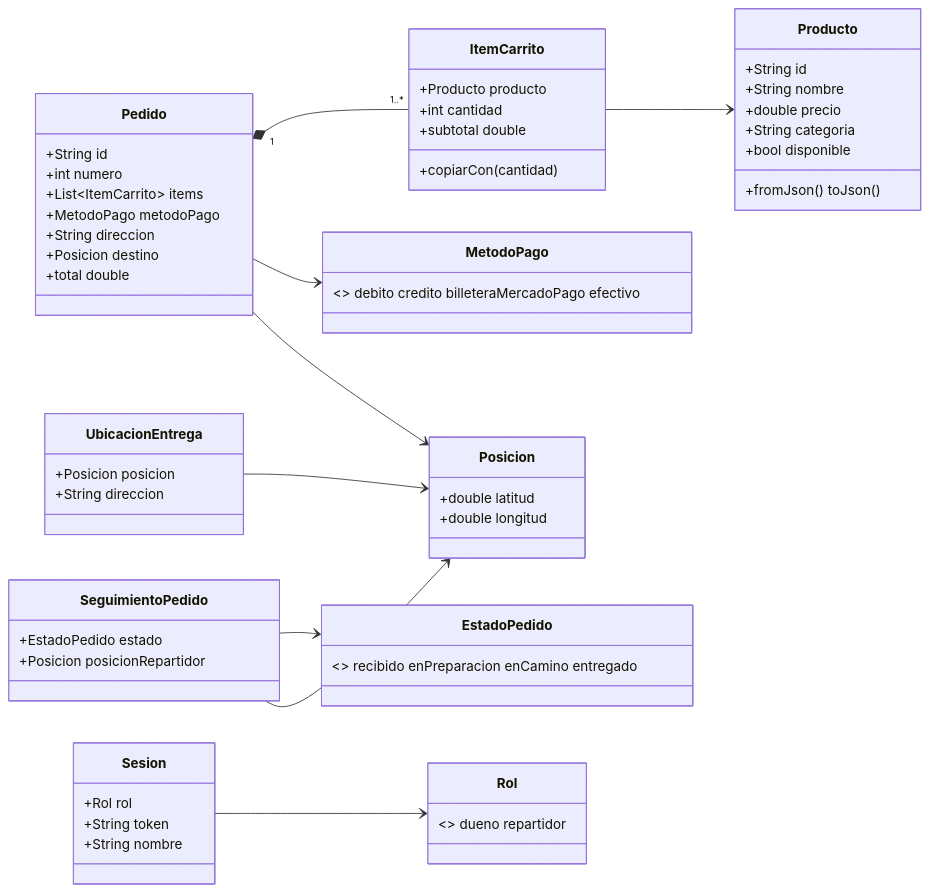
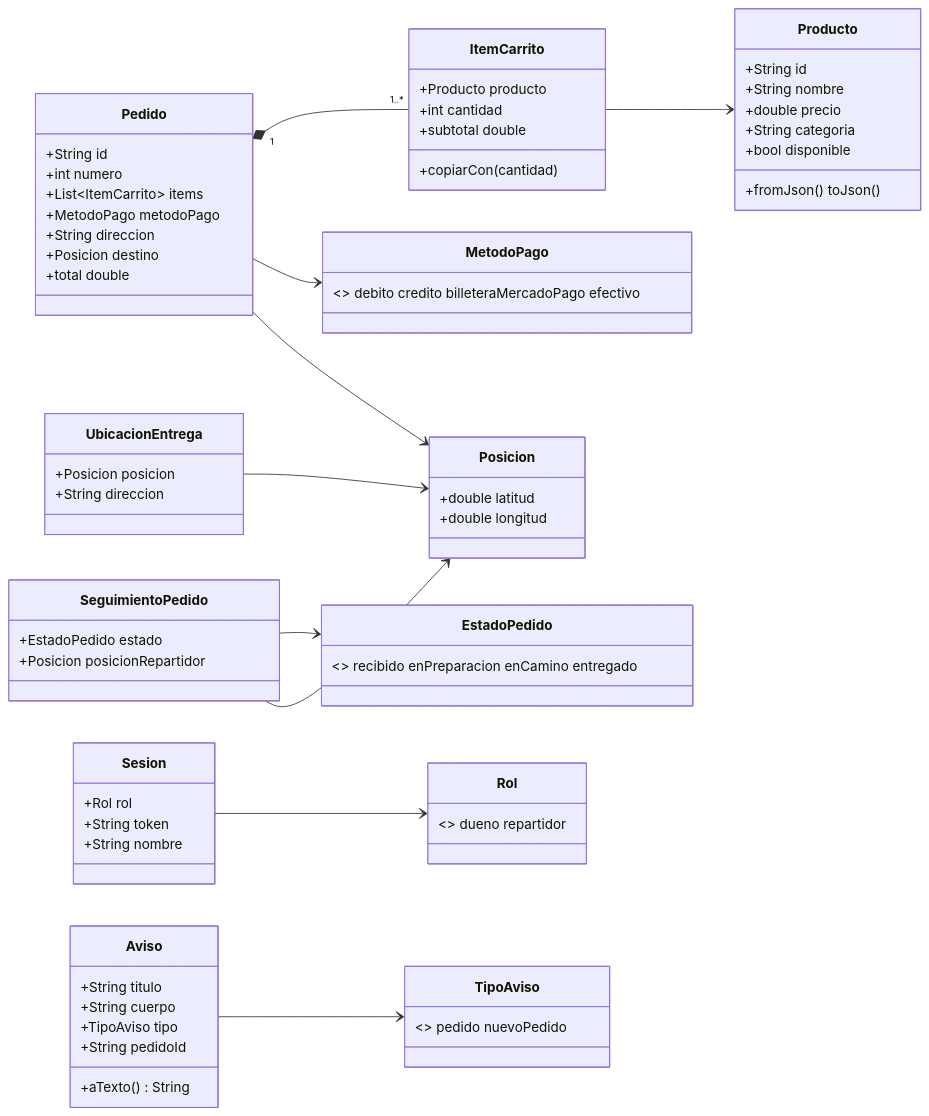
Before and after one commit to ZogeGBR/ProgAppCelu: the third of 6 diagrams in docs/ARQUITECTURA.md, drawn with Mermaid. The commit also changed other lines of this file and 65 other files, not shown here.

````diff
--- a/docs/ARQUITECTURA.md
+++ b/docs/ARQUITECTURA.md
@@ -233,56 +282,65 @@
 ```mermaid
 classDiagram
     direction LR
     class Producto {
       +String id
       +String nombre
       +double precio
       +String categoria
       +bool disponible
       +fromJson() toJson()
     }
     class ItemCarrito {
       +Producto producto
       +int cantidad
       +subtotal double
       +copiarCon(cantidad)
     }
     class Pedido {
       +String id
       +int numero
       +List~ItemCarrito~ items
       +MetodoPago metodoPago
       +String direccion
       +Posicion destino
       +total double
     }
     class Posicion {
       +double latitud
       +double longitud
     }
     class UbicacionEntrega {
       +Posicion posicion
       +String direccion
     }
     class SeguimientoPedido {
       +EstadoPedido estado
       +Posicion posicionRepartidor
     }
     class Sesion {
       +Rol rol
       +String token
       +String nombre
     }
     class MetodoPago {<<enum>> debito credito billeteraMercadoPago efectivo}
     class EstadoPedido {<<enum>> recibido enPreparacion enCamino entregado}
     class Rol {<<enum>> dueno repartidor}
+    class Aviso {
+      +String titulo
+      +String cuerpo
+      +TipoAviso tipo
+      +String pedidoId
+      +aTexto() String
+    }
+    class TipoAviso {<<enum>> pedido nuevoPedido}
+    Aviso --> TipoAviso
 
     Pedido "1" *-- "1..*" ItemCarrito
     ItemCarrito --> Producto
     Pedido --> MetodoPago
     Pedido --> Posicion
     UbicacionEntrega --> Posicion
     SeguimientoPedido --> EstadoPedido
     SeguimientoPedido --> Posicion
     Sesion --> Rol
 ```
````
